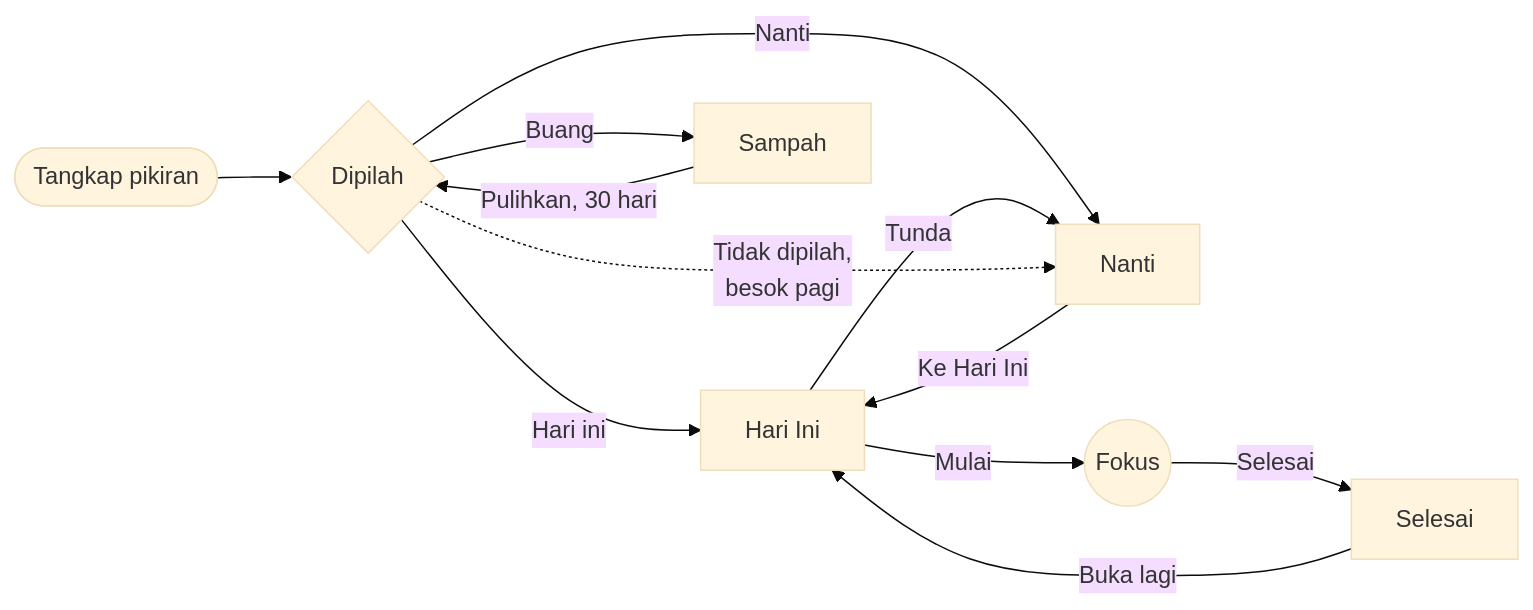
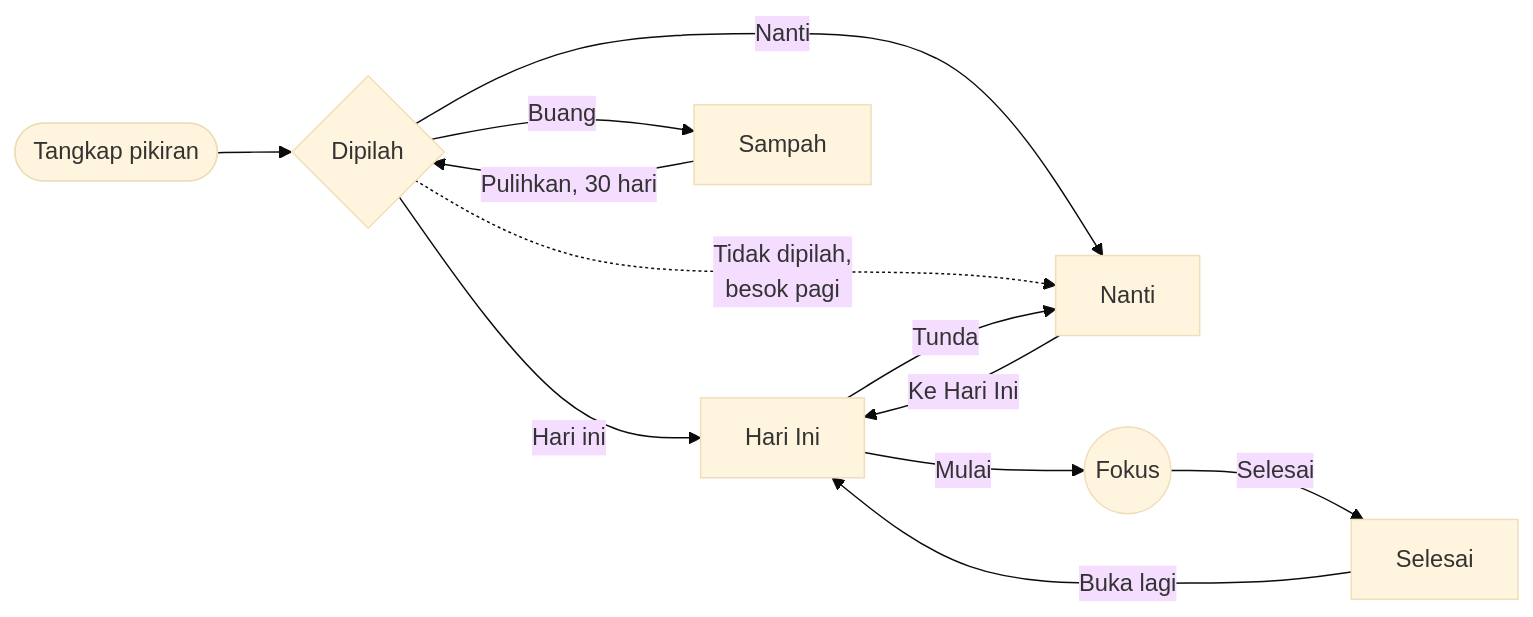
Before and after one commit to dudin12/langkah: the third of 5 diagrams in README.md, drawn with Mermaid (base theme). The commit also changed other lines of this file and 48 other files, not shown here.

````diff
--- a/README.md
+++ b/README.md
@@ -101,14 +332,14 @@
 ```mermaid
 flowchart LR
     A([Tangkap pikiran]) --> B{Dipilah}
     B -->|Hari ini| C[Hari Ini]
     B -->|Nanti| D[Nanti]
     B -->|Buang| E[Sampah]
+    B -.->|Tidak dipilah,<br>besok pagi| D
     C -->|Mulai| F((Fokus))
     F -->|Selesai| G[Selesai]
     C -->|Tunda| D
-    B -.->|Tidak dipilah,<br>besok pagi| D
     D -->|Ke Hari Ini| C
     G -->|Buka lagi| C
     E -->|Pulihkan, 30 hari| B
 ```
````
